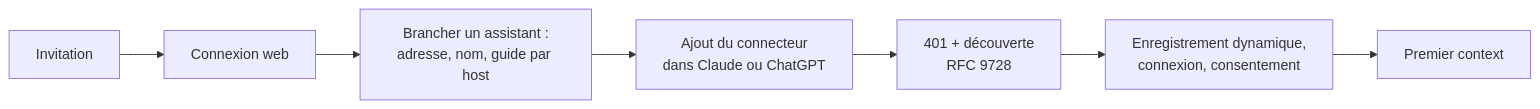
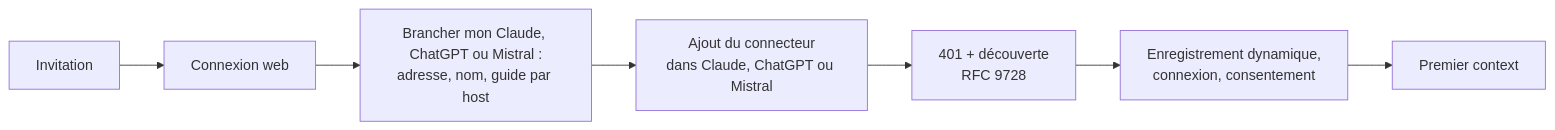
The first of 3 diagrams in docs/prd.md (otomata-tech/oto-pkg), drawn with Mermaid before and after one commit. The commit also changed other lines of this file and 34 other files, not shown here.

````diff
--- a/docs/prd.md
+++ b/docs/prd.md
@@ -153,9 +153,9 @@
 ```mermaid
 graph LR
     A[Invitation] --> B[Connexion web]
-    B --> C[Brancher un assistant :<br/>adresse, nom, guide par host]
-    C --> D[Ajout du connecteur<br/>dans Claude ou ChatGPT]
+    B --> C[Brancher mon Claude, ChatGPT ou Mistral :<br/>adresse, nom, guide par host]
+    C --> D[Ajout du connecteur<br/>dans Claude, ChatGPT ou Mistral]
     D --> E[401 + découverte<br/>RFC 9728]
     E --> F[Enregistrement dynamique,<br/>connexion, consentement]
     F --> G[Premier context]
 ```
````
